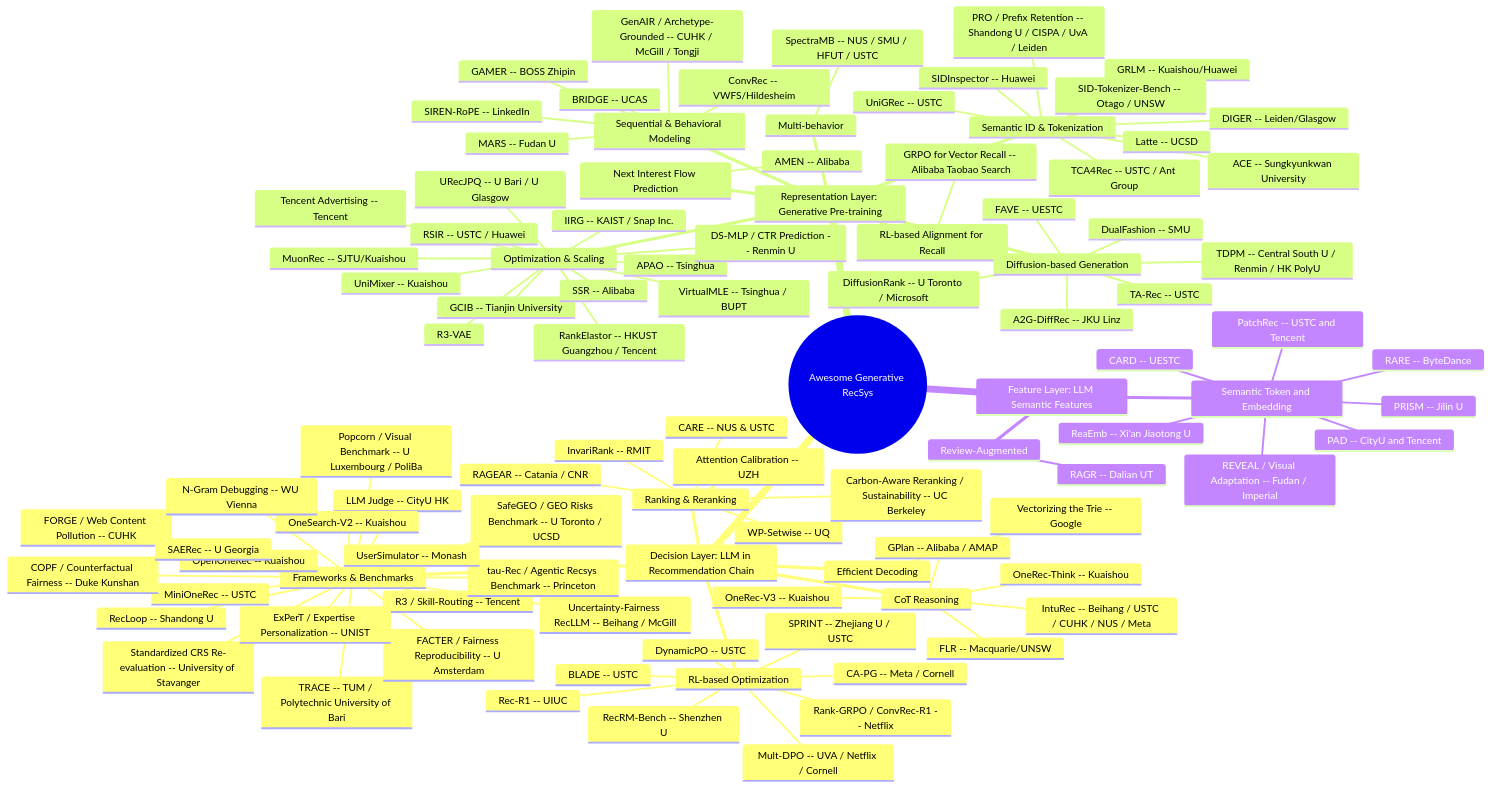
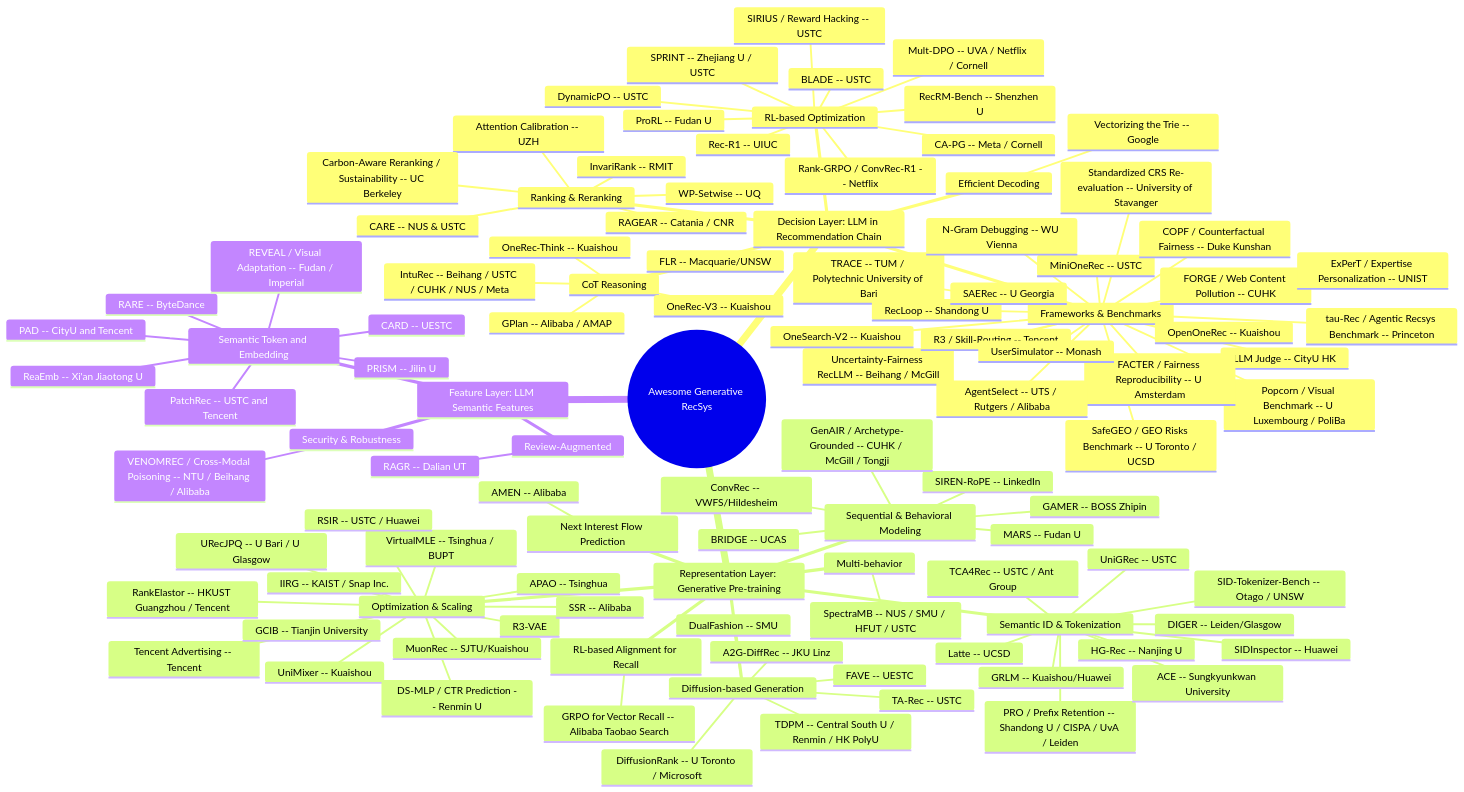
One commit to HaFred/awesome-generative-recsys changed the diagram in README.md. Above: the diagram before and after it, drawn with Mermaid. The commit also changed other lines of this file and 2 other files, not shown here.

Commit message:
feat: July 6 ICML 2026 Day 1 — 6 papers: VENOMREC NTU/Beihang security, ProRL Fudan RL opensource, HG-Rec Nanjing hyperbolic genrec opensource, SIRIUS USTC reward hacking, AgentSelect UTS benchmark, CCLRec graph recommendation

````diff
--- a/README.md
+++ b/README.md
@@ -31,6 +31,8 @@
         SPRINT -- Zhejiang U / USTC
         CA-PG -- Meta / Cornell
         Mult-DPO -- UVA / Netflix / Cornell
+        ProRL -- Fudan U
+        SIRIUS / Reward Hacking -- USTC
       Ranking & Reranking
         CARE -- NUS & USTC
         InvariRank -- RMIT
@@ -58,6 +60,7 @@
         FACTER / Fairness Reproducibility -- U Amsterdam
         UserSimulator -- Monash
         ExPerT / Expertise Personalization -- UNIST
+        AgentSelect -- UTS / Rutgers / Alibaba
       Efficient Decoding
         Vectorizing the Trie -- Google
     Representation Layer: Generative Pre-training
@@ -71,6 +74,7 @@
         GRLM -- Kuaishou/Huawei
         SID-Tokenizer-Bench -- Otago / UNSW
         ACE -- Sungkyunkwan University
+        HG-Rec -- Nanjing U
       Next Interest Flow Prediction
         AMEN -- Alibaba
       RL-based Alignment for Recall
@@ -116,4 +120,6 @@
         ReaEmb -- Xi'an Jiaotong U
       Review-Augmented
         RAGR -- Dalian UT
+      Security & Robustness
+        VENOMREC / Cross-Modal Poisoning -- NTU / Beihang / Alibaba
 ```
````
